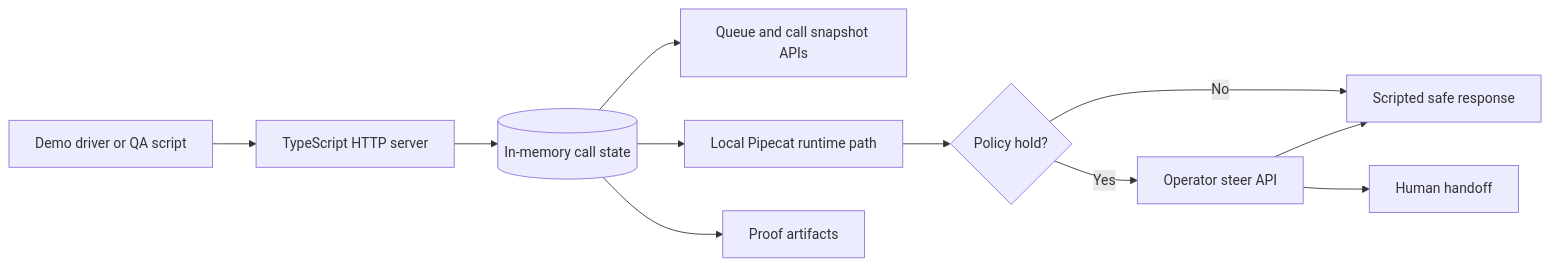
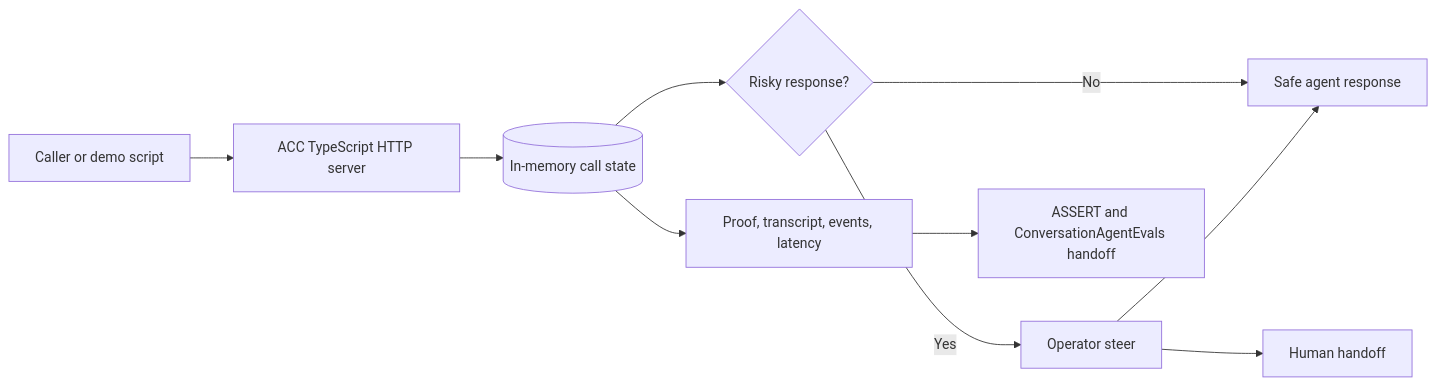
Before and after one commit to agonza1/agentic-contact-center: the diagram in README.md, drawn with Mermaid. The commit also changed other lines of this file and 1 other file, not shown here.

Commit message:
Trim README to core demo value

````diff
--- a/README.md
+++ b/README.md
@@ -21,13 +17,12 @@
 ```mermaid
 flowchart LR
-    driver[Demo driver or QA script] --> api[TypeScript HTTP server]
+    caller[Caller or demo script] --> api[ACC TypeScript HTTP server]
     api --> state[(In-memory call state)]
-    state --> queue[Queue and call snapshot APIs]
-    state --> flow[Local Pipecat runtime path]
-    flow --> hold{Policy hold?}
-    hold -->|Yes| steer[Operator steer API]
-    hold -->|No| response[Scripted safe response]
-    steer --> response
-    steer --> handoff[Human handoff]
-    state --> proof[Proof artifacts]
+    state --> policy{Risky response?}
+    policy -->|Yes| operator[Operator steer]
+    policy -->|No| agent[Safe agent response]
+    operator --> agent
+    operator --> handoff[Human handoff]
+    state --> evidence[Proof, transcript, events, latency]
+    evidence --> evals[ASSERT and ConversationAgentEvals handoff]
 ```
````
